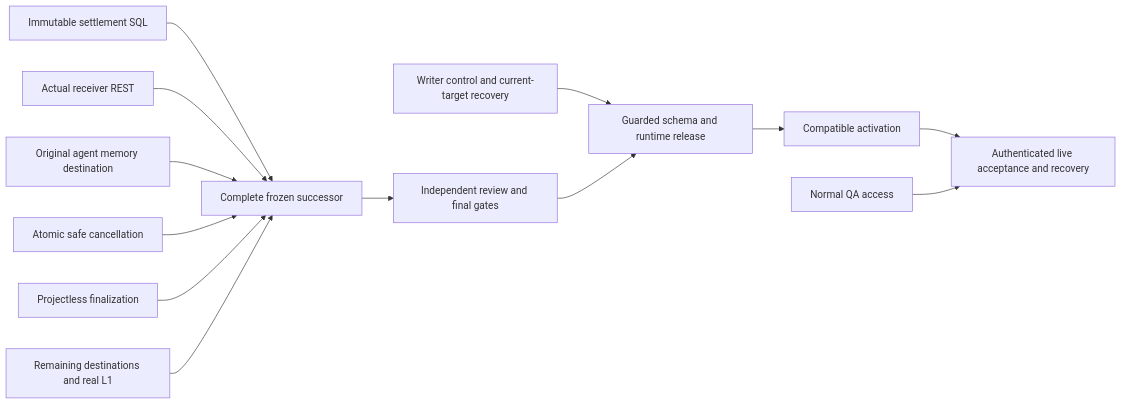
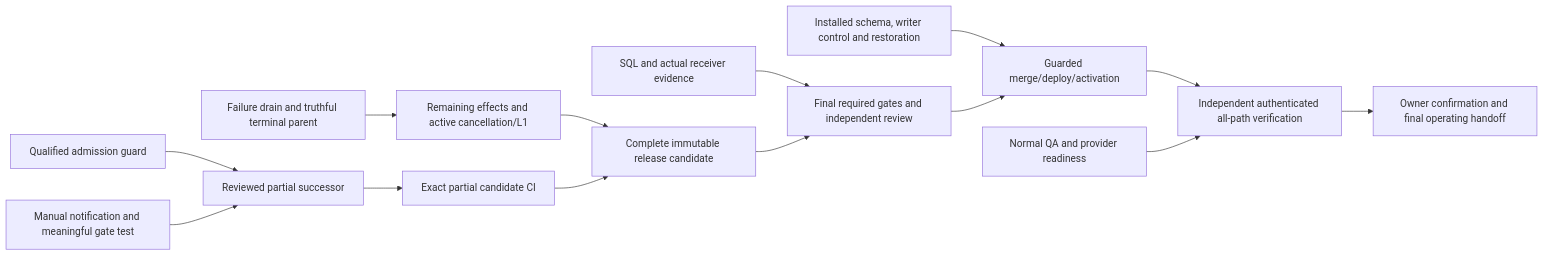
Before and after one commit to jtobkin/supraos-workflow-plan: the first of 5 diagrams in Delivery-Path-Release-Plan.md, drawn with Mermaid. The commit also changed other lines of this file and 2 other files, not shown here.

Commit message:
Record five-hour workflow handoff, exact candidate and remaining delivery plan

````diff
--- a/Delivery-Path-Release-Plan.md
+++ b/Delivery-Path-Release-Plan.md
@@ -67,15 +51,16 @@
 ```mermaid
 flowchart LR
-  SQL[Immutable settlement SQL] --> JOIN[Complete frozen successor]
-  REST[Actual receiver REST] --> JOIN
-  RETRO[Original agent memory destination] --> JOIN
-  CANCEL[Atomic safe cancellation] --> JOIN
-  PROJECTLESS[Projectless finalization] --> JOIN
-  REMAINING[Remaining destinations and real L1] --> JOIN
-  JOIN --> GATES[Independent review and final gates]
-  CONTROLS[Writer control and current-target recovery] --> RELEASE[Guarded schema and runtime release]
-  GATES --> RELEASE
-  RELEASE --> ACTIVATE[Compatible activation]
-  ACTIVATE --> LIVE[Authenticated live acceptance and recovery]
-  QA[Normal QA access] --> LIVE
+  GUARD[Qualified admission guard] --> PARTIAL[Reviewed partial successor]
+  MANUAL[Manual notification and meaningful gate test] --> PARTIAL
+  PARTIAL --> PCI[Exact partial candidate CI]
+  DRAIN[Failure drain and truthful terminal parent] --> GAPS[Remaining effects and active cancellation/L1]
+  GAPS --> FINAL[Complete immutable release candidate]
+  PCI --> FINAL
+  REST[SQL and actual receiver evidence] --> GATES[Final required gates and independent review]
+  FINAL --> GATES
+  CONTROLS[Installed schema, writer control and restoration] --> DEPLOY[Guarded merge/deploy/activation]
+  GATES --> DEPLOY
+  DEPLOY --> LIVE[Independent authenticated all-path verification]
+  QA[Normal QA and provider readiness] --> LIVE
+  LIVE --> OWNER[Owner confirmation and final operating handoff]
 ```
````
